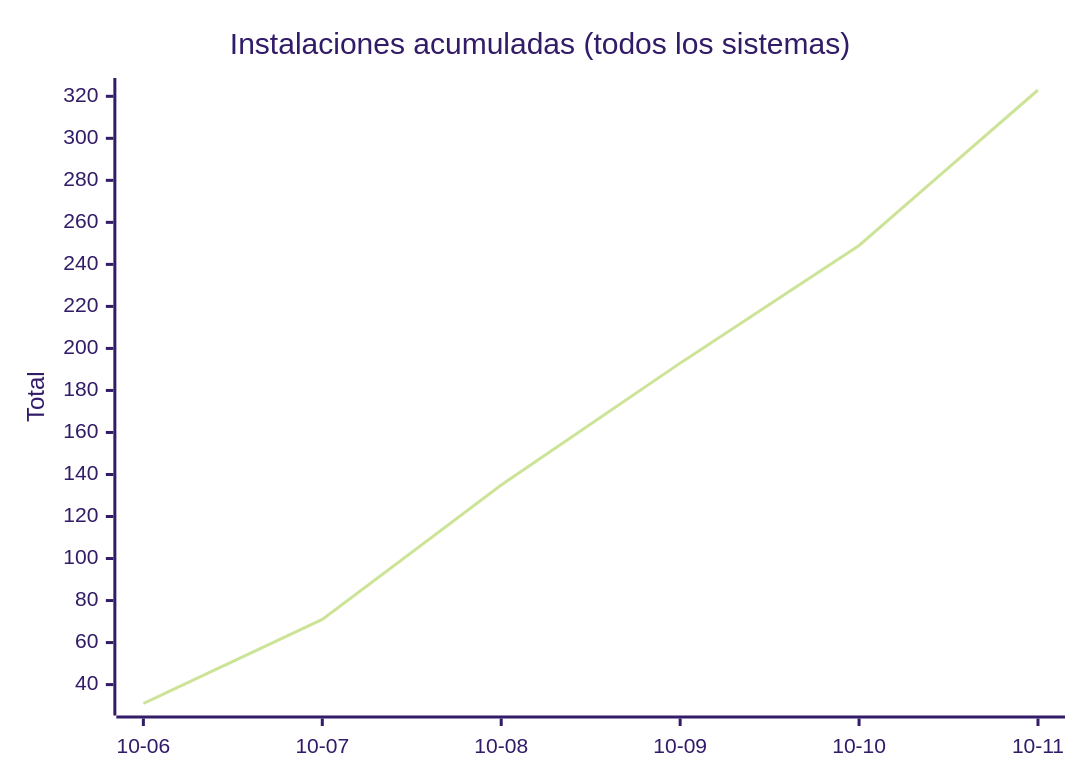
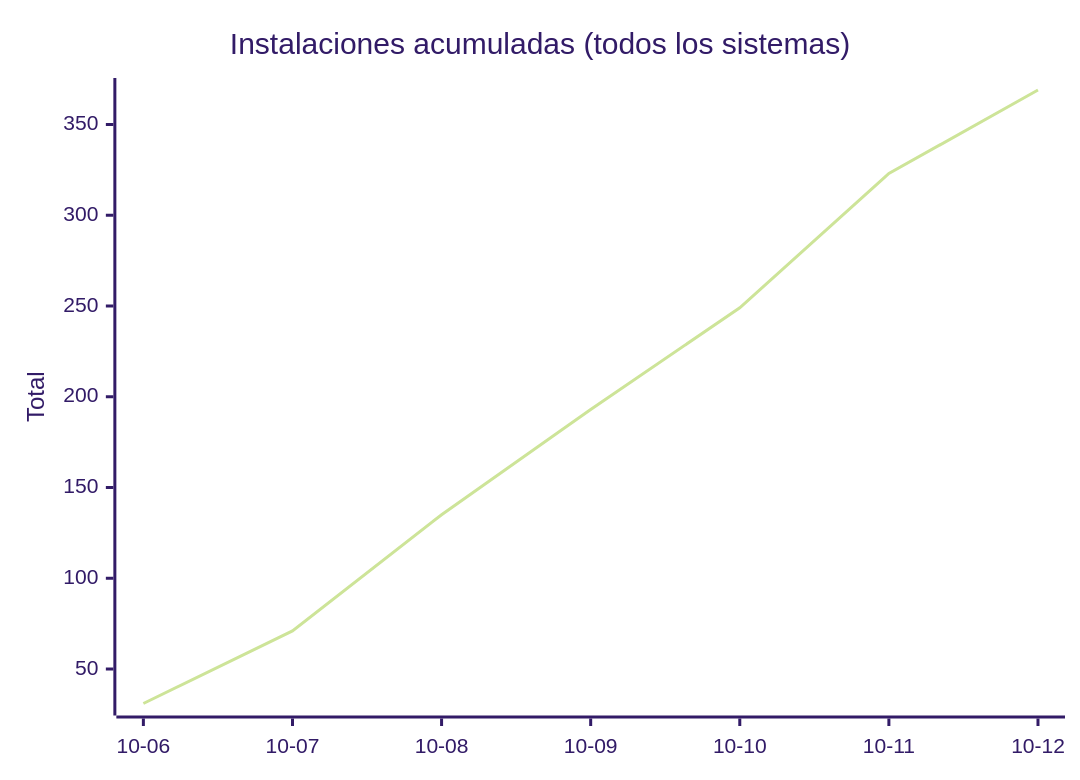
The seventh of 8 diagrams in README.md (EmuDeck/stats), drawn with Mermaid (forest theme) before and after one commit. The commit also changed other lines of this file and 2 other files, not shown here.

````diff
--- a/README.md
+++ b/README.md
@@ -76,7 +76,7 @@
 ```mermaid
 xychart-beta
     title "Instalaciones acumuladas (todos los sistemas)"
-    x-axis ["10-06", "10-07", "10-08", "10-09", "10-10", "10-11"]
+    x-axis ["10-06", "10-07", "10-08", "10-09", "10-10", "10-11", "10-12"]
     y-axis "Total"
-    line [31, 71, 135, 193, 249, 323]
+    line [31, 71, 135, 193, 249, 323, 369]
 ```
````
